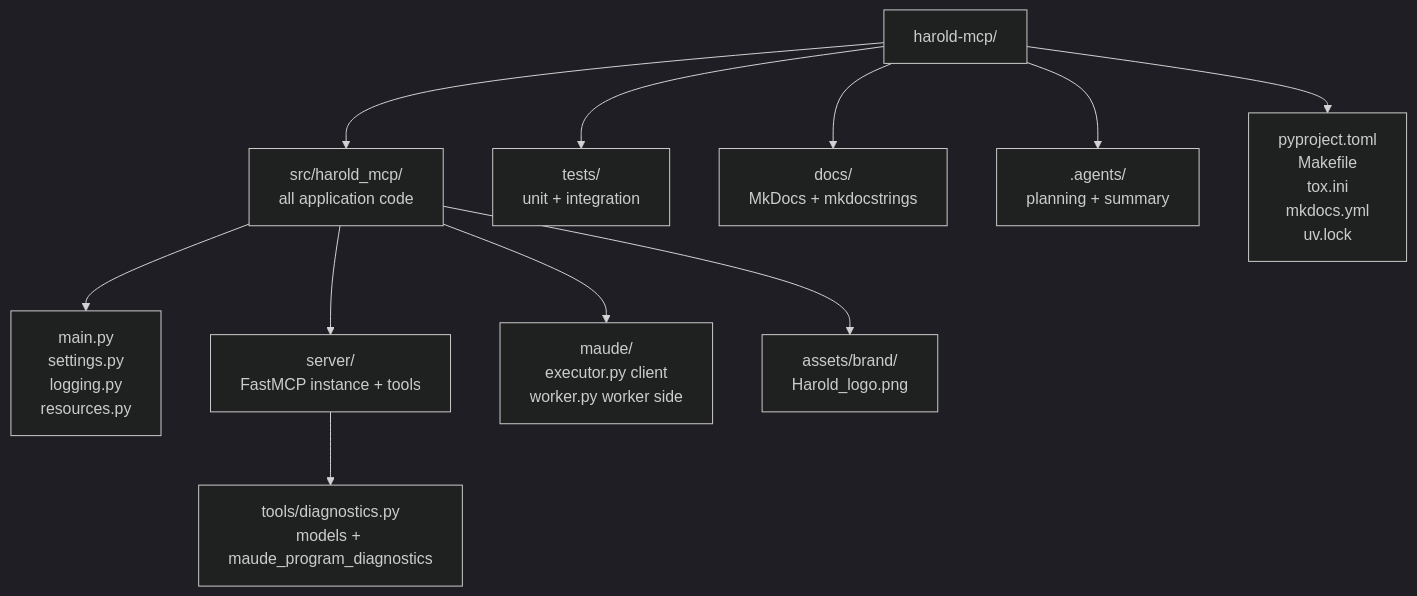
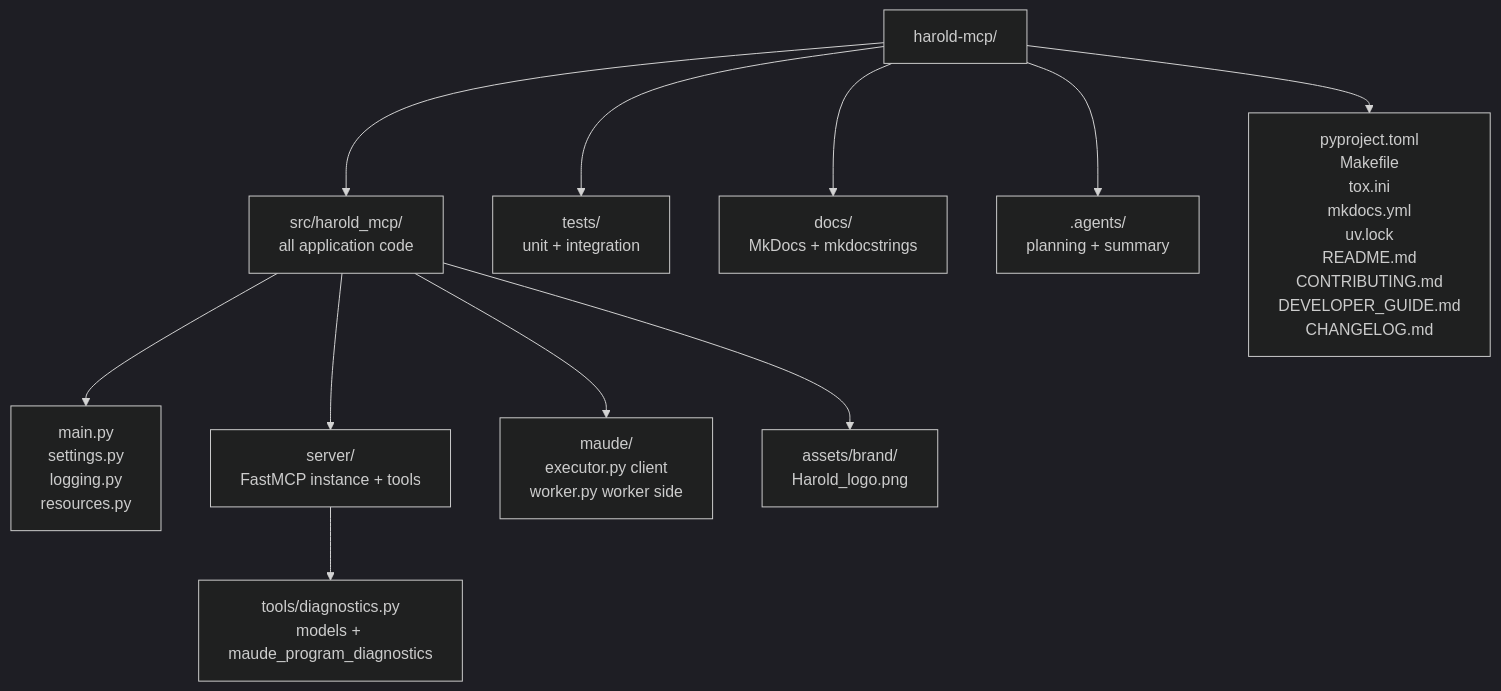
The diagram in harold-mcp/AGENTS.md (demiourgoi/Harold), drawn with Mermaid (dark theme) before and after one commit. The commit also changed other lines of this file and 9 other files, not shown here.

````diff
--- a/harold-mcp/AGENTS.md
+++ b/harold-mcp/AGENTS.md
@@ -39,13 +39,13 @@
 ```mermaid
 graph TB
     R[harold-mcp/] --> S[src/harold_mcp/<br>all application code]
     R --> T[tests/<br>unit + integration]
     R --> D[docs/<br>MkDocs + mkdocstrings]
     R --> A2[.agents/<br>planning + summary]
     S --> F[main.py<br>settings.py<br>logging.py<br>resources.py]
     S --> SRV[server/<br>FastMCP instance + tools]
     SRV --> TO[tools/diagnostics.py<br>models + maude_program_diagnostics]
     S --> MD[maude/<br>executor.py client<br>worker.py worker side]
     S --> A[assets/brand/<br>Harold_logo.png]
-    R --> C[pyproject.toml<br>Makefile<br>tox.ini<br>mkdocs.yml<br>uv.lock]
+    R --> C[pyproject.toml<br>Makefile<br>tox.ini<br>mkdocs.yml<br>uv.lock<br>README.md<br>CONTRIBUTING.md<br>DEVELOPER_GUIDE.md<br>CHANGELOG.md]
 ```
````
